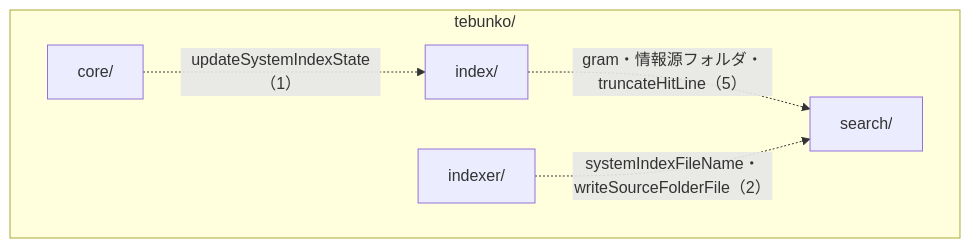
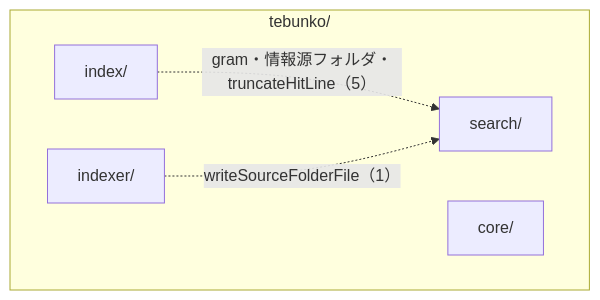
Before and after one commit to hsgwa/tebunko: the third of 4 diagrams in docs/design/structure/source.md, drawn with Mermaid. The commit also changed 29 other files, not shown here.

````diff
--- a/docs/design/structure/source.md
+++ b/docs/design/structure/source.md
@@ -109,12 +109,11 @@
 ```mermaid
 flowchart TD
     subgraph tool["tebunko/"]
         indexer["indexer/"]
         search["search/"]
         index["index/"]
         core["core/"]
     end
-    core -.->|"updateSystemIndexState（1）"| index
     index -.->|"gram・情報源フォルダ・truncateHitLine（5）"| search
-    indexer -.->|"systemIndexFileName・writeSourceFolderFile（2）"| search
+    indexer -.->|"writeSourceFolderFile（1）"| search
 ```
````
